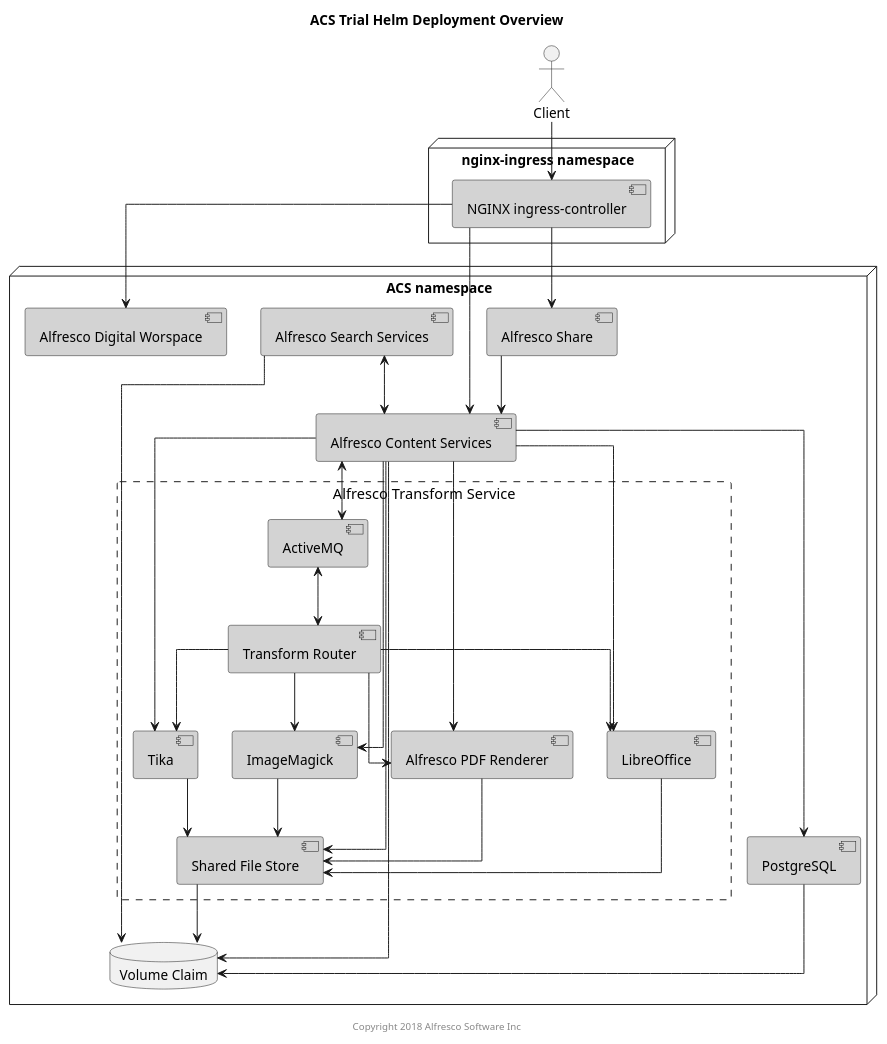
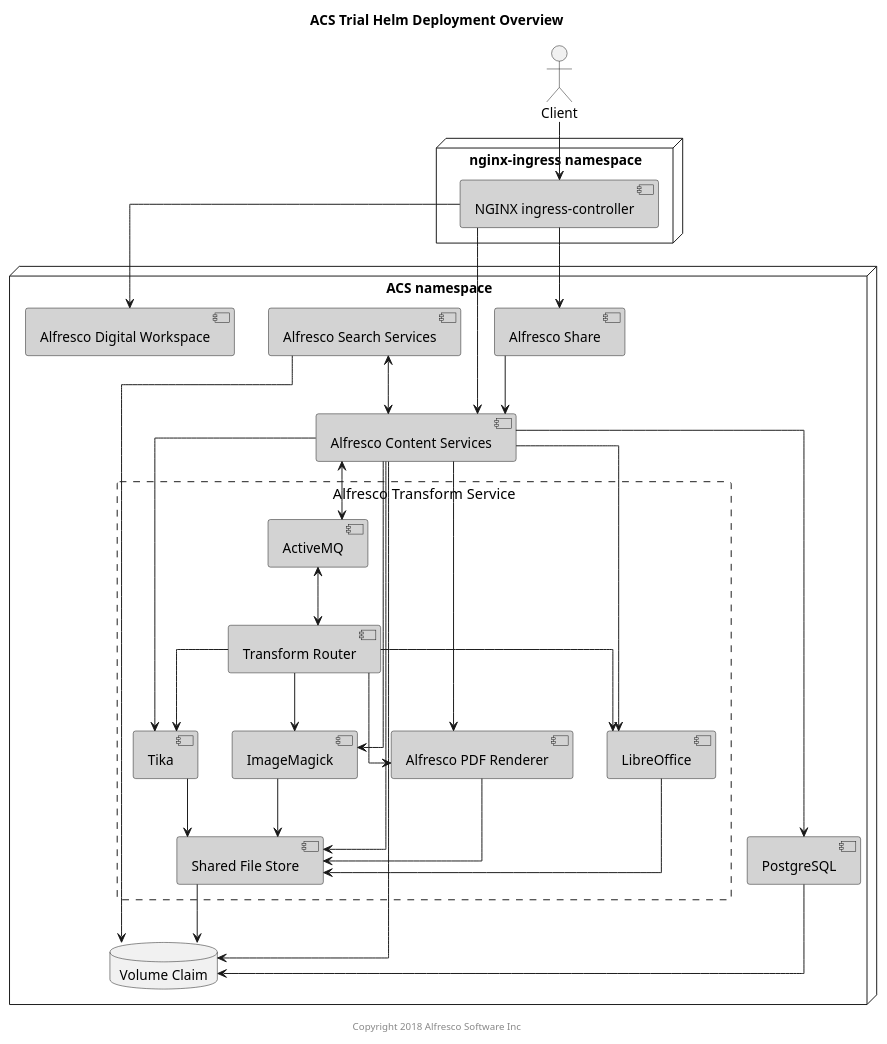
The diagram in docs/diagrams/helm-chart/helm-components-trial.puml (Alfresco/acs-deployment), drawn with PlantUML before and after one commit. The commit also changed 3 other files, not shown here.

Commit message:
Fix typo in diagrams

```diff
--- a/docs/diagrams/helm-chart/helm-components-trial.puml
+++ b/docs/diagrams/helm-chart/helm-components-trial.puml
@@ -1,69 +1,69 @@
 @startuml
 
 Title: ACS Trial Helm Deployment Overview
 
 skinparam componentStyle uml2
 skinparam linetype ortho
 skinparam rectangle {
     BorderStyle dashed
     FontSize 15
     FontStyle none
 }
 
 actor Client
 
 node "nginx-ingress namespace" {
     component "NGINX ingress-controller" as nginx #lightgrey
 }
 
 node "ACS namespace" {
-    component "Alfresco Digital Worspace" as adw #lightgrey
+    component "Alfresco Digital Workspace" as adw #lightgrey
     component "Alfresco Content Services" as acs #lightgrey
     component "Alfresco Search Services" as ass #lightgrey
     component "PostgreSQL" as psql #lightgrey
     component "Alfresco Share" as share #lightgrey
     database "Volume Claim" as vc
     rectangle "Alfresco Transform Service" {
         component "Transform Router" as tr #lightgrey
         component "Shared File Store" as sfs #lightgrey
         component "ActiveMQ" as amq #lightgrey
         component "Alfresco PDF Renderer" as pdfr #lightgrey
         component "LibreOffice" as libr #lightgrey
         component "ImageMagick" as img #lightgrey
         component "Tika" as tika #lightgrey
     }
 }
 
 Client --> nginx
 
 nginx --> acs
 nginx --> share
 nginx --> adw
 
 acs --> vc
 ass --> vc
 psql --> vc
 sfs --> vc
 
 ass <--> acs
 acs --> psql
 acs --> pdfr
 acs --> libr
 acs --> img
 acs --> tika
 acs --> sfs
 acs <--> amq
 tr --> pdfr
 tr --> libr
 tr --> img
 tr --> tika
 tr <-up-> amq
 pdfr --> sfs
 libr --> sfs
 img --> sfs
 tika --> sfs
 share --> acs
 
 center footer Copyright 2018 Alfresco Software Inc
 
 @enduml
```
